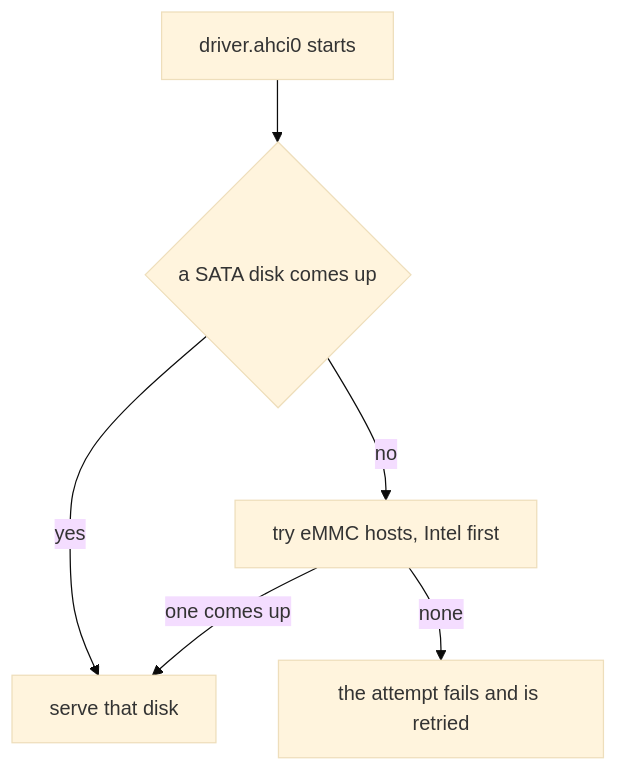
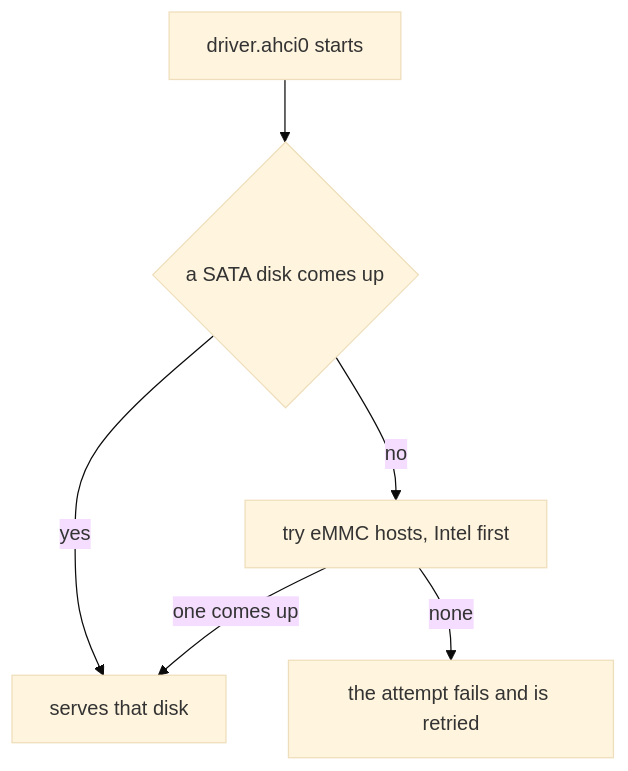
One commit to NON-OS/microkernel changed the diagram in docs/drivers/storage/sd-and-emmc.md. Above: the diagram before and after it, drawn with Mermaid (base theme). The commit also changed other lines of this file and 24 other files, not shown here.

````diff
--- a/docs/drivers/storage/sd-and-emmc.md
+++ b/docs/drivers/storage/sd-and-emmc.md
@@ -23,8 +23,8 @@
 ```mermaid
 flowchart TD
     Start[driver.ahci0 starts] --> Sata{a SATA disk comes up}
-    Sata -->|yes| Disk[serve that disk]
+    Sata -->|yes| Disk[serves that disk]
     Sata -->|no| Hosts[try eMMC hosts, Intel first]
     Hosts -->|one comes up| Disk
     Hosts -->|none| Retry[the attempt fails and is retried]
 ```
````
